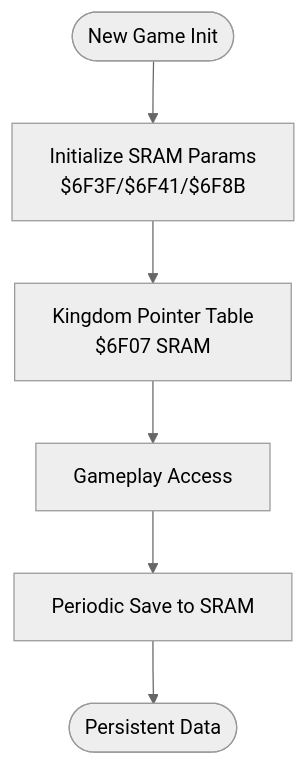
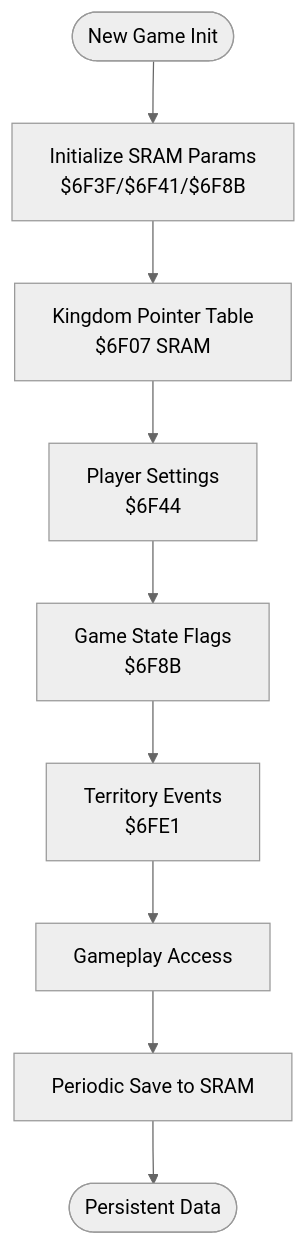
One commit to rabbyzero/sango2dasm changed the fifth of 9 diagrams in .qoder/repowiki/en/content/Data Access and Memory Management/Data Access and Memory Management.md. Above: the diagram before and after it, drawn with Mermaid (neutral theme). The commit also changed other lines of this file and 35 other files, not shown here.

````diff
--- a/.qoder/repowiki/en/content/Data Access and Memory Management/Data Access and Memory Management.md
+++ b/.qoder/repowiki/en/content/Data Access and Memory Management/Data Access and Memory Management.md
@@ -237,8 +268,11 @@
 ```mermaid
 flowchart TD
 Start(["New Game Init"]) --> SRAMInit["Initialize SRAM Params<br/>$6F3F/$6F41/$6F8B"]
 SRAMInit --> KingdomPtrs["Kingdom Pointer Table<br/>$6F07 SRAM"]
-KingdomPtrs --> Play["Gameplay Access"]
+KingdomPtrs --> PlayerSettings["Player Settings<br/>$6F44"]
+PlayerSettings --> GameState["Game State Flags<br/>$6F8B"]
+GameState --> TerritoryEvents["Territory Events<br/>$6FE1"]
+TerritoryEvents --> Play["Gameplay Access"]
 Play --> Save["Periodic Save to SRAM"]
 Save --> End(["Persistent Data"])
 ```
````
